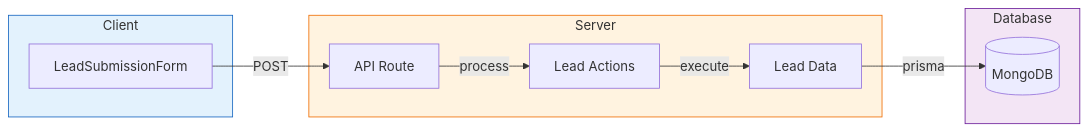
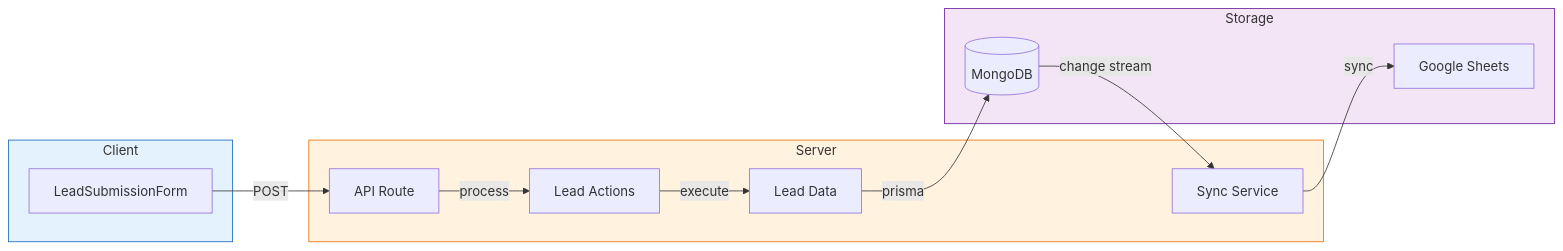
Before and after one commit to jhn322/offertu: the first of 4 diagrams in README.md, drawn with Mermaid. The commit also changed other lines of this file and 7 other files, not shown here.

Commit message:
feat: Add Google Sheets synchronization with MongoDB

````diff
--- a/README.md
+++ b/README.md
@@ -7,21 +7,25 @@
 ```mermaid
 graph LR
 subgraph Client
 A[LeadSubmissionForm]
 end
 subgraph Server
 B[API Route]
 C[Lead Actions]
 D[Lead Data]
+S[Sync Service]
 end
-subgraph Database
+subgraph Storage
 E[(MongoDB)]
+G[Google Sheets]
 end
 A -->|POST| B
 B -->|process| C
 C -->|execute| D
 D -->|prisma| E
+E -->|change stream| S
+S -->|sync| G
 style Client fill:#e3f2fd,stroke:#1565c0
 style Server fill:#fff3e0,stroke:#ef6c00
-style Database fill:#f3e5f5,stroke:#6a1b9a
+style Storage fill:#f3e5f5,stroke:#6a1b9a
 ```
````
